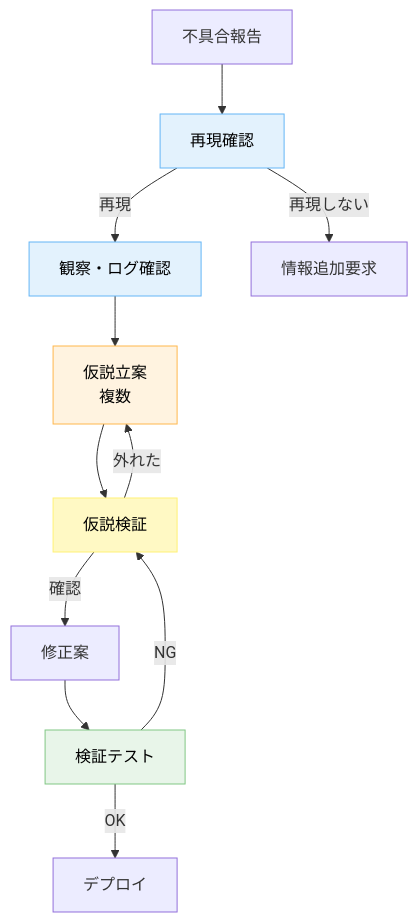
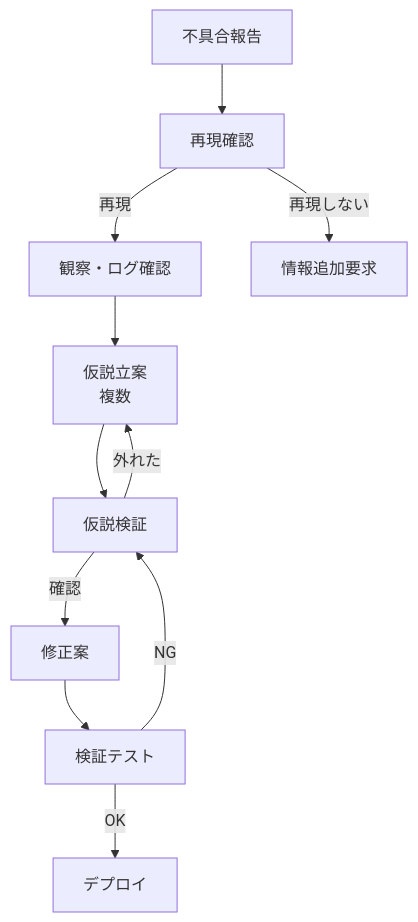
The first of 2 diagrams in docs/case-studies/claude-code-を使った効率的な不具合調査.md (dinekt/dinekt-wiki), drawn with Mermaid before and after one commit. The commit also changed other lines of this file and 70 other files, not shown here.

First line of the commit message:
fix(mermaid): strip all inline styling, rely on theme

````diff
--- a/docs/case-studies/claude-code-を使った効率的な不具合調査.md
+++ b/docs/case-studies/claude-code-を使った効率的な不具合調査.md
@@ -25,19 +25,14 @@
 ```mermaid
 flowchart TD
     B[不具合報告] --> R[再現確認]
     R -->|再現| O[観察・ログ確認]
     R -->|再現しない| Q[情報追加要求]
     O --> H[仮説立案<br/>複数]
     H --> T[仮説検証]
     T -->|確認| F[修正案]
     T -->|外れた| H
     F --> V[検証テスト]
     V -->|OK| D[デプロイ]
     V -->|NG| T
 
-    style R fill:#e3f2fd,stroke:#64b5f6,color:#000
-    style O fill:#e3f2fd,stroke:#64b5f6,color:#000
-    style H fill:#fff3e0,stroke:#ffb74d,color:#000
-    style T fill:#fff9c4,stroke:#fff176,color:#000
-    style V fill:#e8f5e9,stroke:#81c784,color:#000
 ```
````
